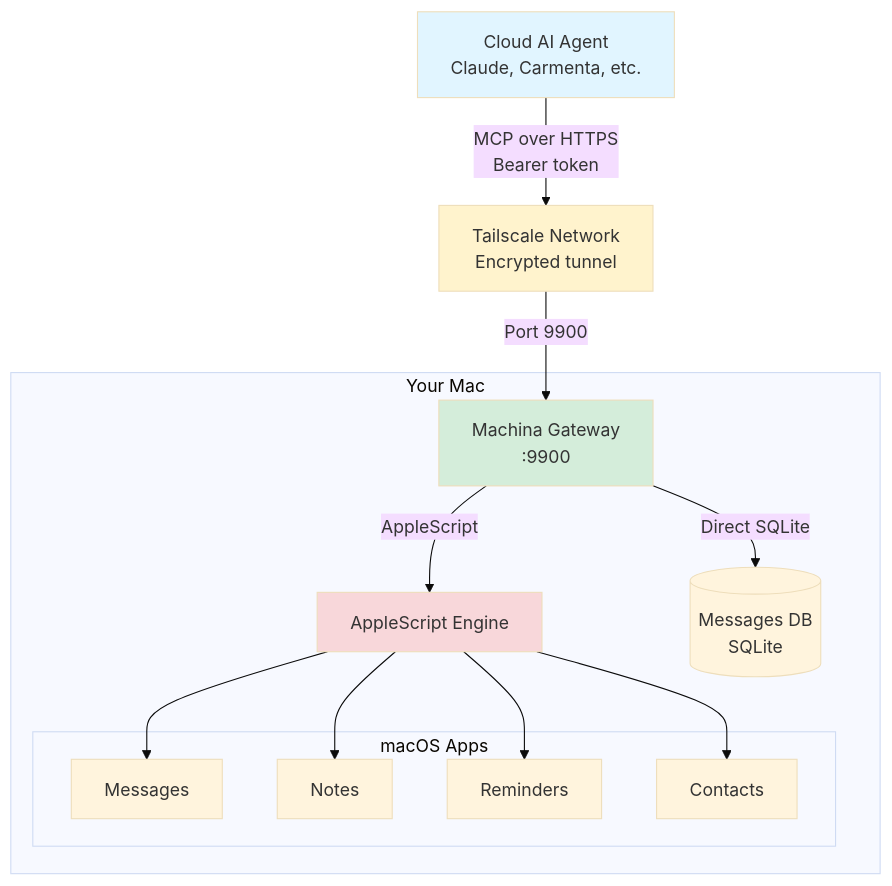
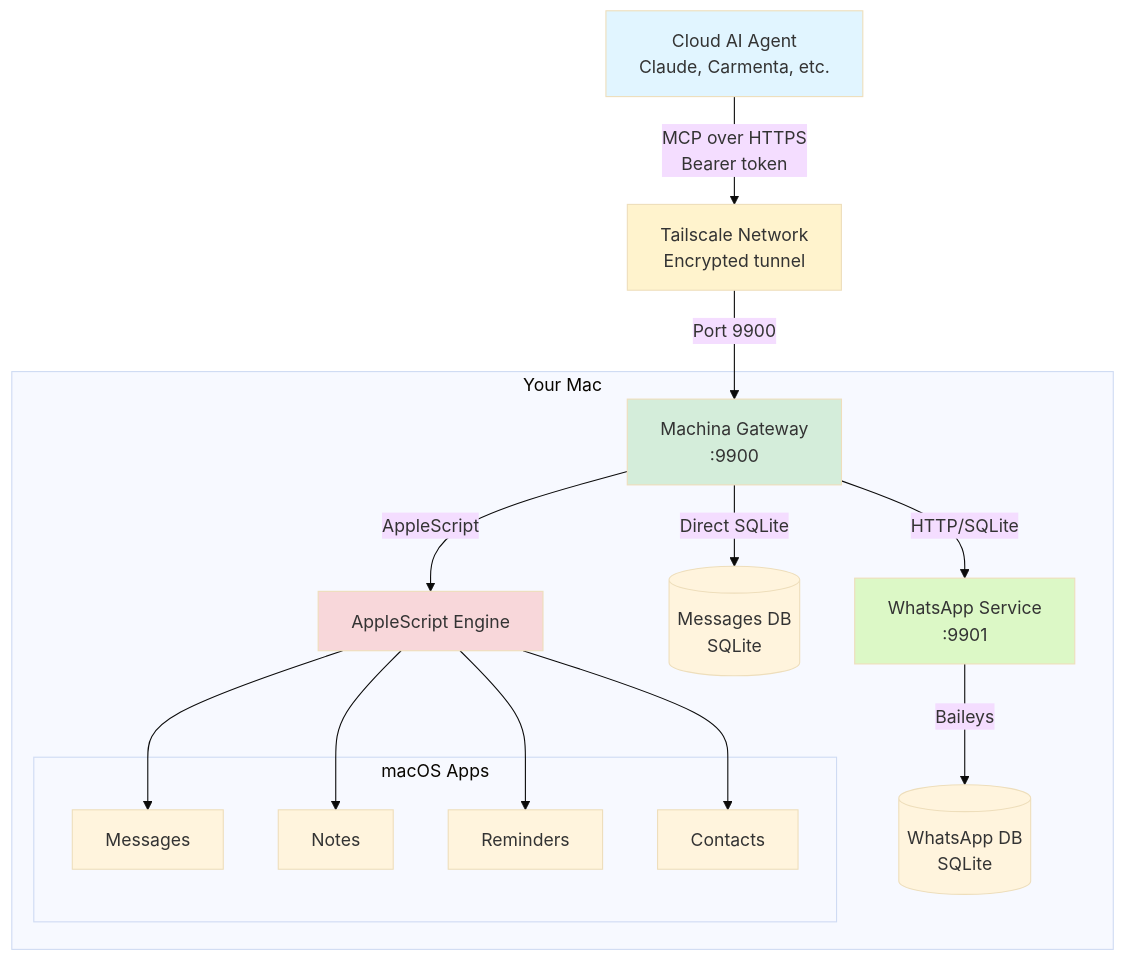
Before and after one commit to TechNickAI/machina: the diagram in README.md, drawn with Mermaid (base theme). The commit also changed other lines of this file and 11 other files, not shown here.

First line of the commit message:
Update docs: Bun→Node.js, WhatsApp ready, standardize Tailscale serve

````diff
--- a/README.md
+++ b/README.md
@@ -104,33 +104,38 @@
 ```mermaid
 graph TB
     AI[Cloud AI Agent<br/>Claude, Carmenta, etc.]
     TS[Tailscale Network<br/>Encrypted tunnel]
     GW[Machina Gateway<br/>:9900]
 
     subgraph "Your Mac"
         GW
         AS[AppleScript Engine]
         DB[(Messages DB<br/>SQLite)]
+        WA[WhatsApp Service<br/>:9901]
+        WADB[(WhatsApp DB<br/>SQLite)]
 
         subgraph "macOS Apps"
             MSG[Messages]
             NOTES[Notes]
             REM[Reminders]
             CONT[Contacts]
         end
     end
 
     AI -->|MCP over HTTPS<br/>Bearer token| TS
     TS -->|Port 9900| GW
     GW -->|Direct SQLite| DB
     GW -->|AppleScript| AS
+    GW -->|HTTP/SQLite| WA
+    WA -->|Baileys| WADB
     AS --> MSG
     AS --> NOTES
     AS --> REM
     AS --> CONT
 
     style AI fill:#e1f5ff
     style TS fill:#fff3cd
     style GW fill:#d4edda
     style AS fill:#f8d7da
+    style WA fill:#dcf8c6
 ```
````
